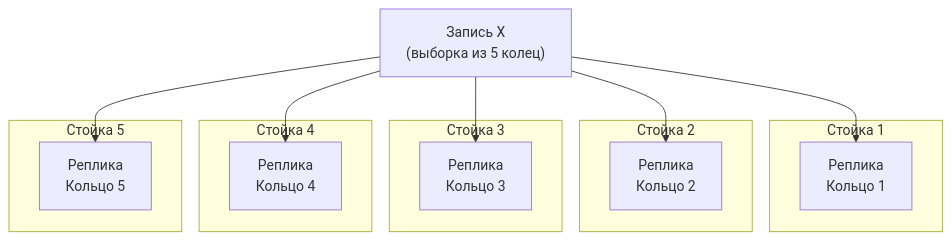
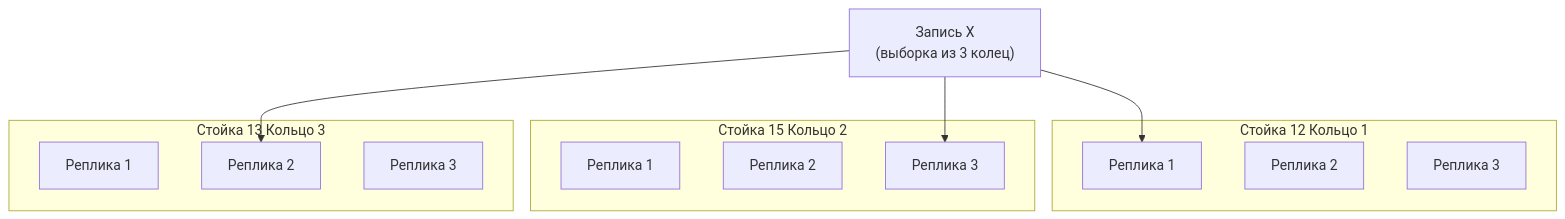
One commit to ydb-platform/ydb changed the second of 3 diagrams in ydb/docs/ru/core/concepts/metadata-distribution.md. Above: the diagram before and after it, drawn with Mermaid. The commit also changed other lines of this file, not shown here.

Commit message:
fix diagrams

````diff
--- a/ydb/docs/ru/core/concepts/metadata-distribution.md
+++ b/ydb/docs/ru/core/concepts/metadata-distribution.md
@@ -63,25 +69,22 @@
 ```mermaid
 graph TD
-    subgraph "Стойка 1"
-        R1A["Реплика\nКольцо 1"]
+    subgraph "Стойка 12 Кольцо 1"
+        R1A["Реплика 1"]
+        R1B["Реплика 2"]
+        R1C["Реплика 3"]
     end
-    subgraph "Стойка 2"
-        R2A["Реплика\nКольцо 2"]
+    subgraph "Стойка 15 Кольцо 2"
+        R2A["Реплика 1"]
+        R2B["Реплика 2"]
+        R2C["Реплика 3"]
     end
-    subgraph "Стойка 3"
-        R3A["Реплика\nКольцо 3"]
+    subgraph "Стойка 13 Кольцо 3"
+        R3A["Реплика 1"]
+        R3B["Реплика 2"]
+        R3C["Реплика 3"]
     end
-    subgraph "Стойка 4"
-        R4A["Реплика\nКольцо 4"]
-    end
-    subgraph "Стойка 5"
-        R5A["Реплика\nКольцо 5"]
-    end
-
-    Record["Запись X\n(выборка из 5 колец)"]
+    Record["Запись X\n(выборка из 3 колец)"]
     Record --> R1A
-    Record --> R2A
-    Record --> R3A
-    Record --> R4A
-    Record --> R5A
+    Record --> R2C
+    Record --> R3B
 ```
````
